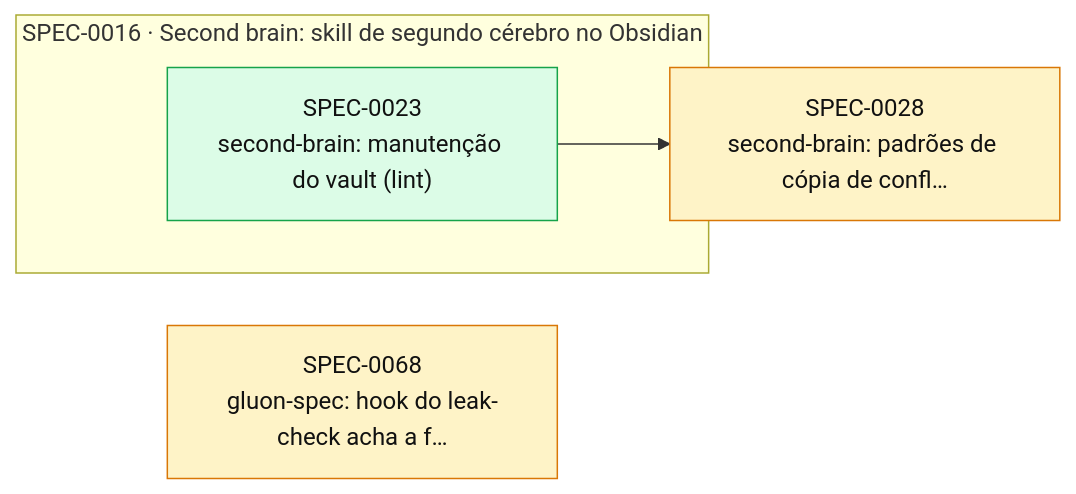
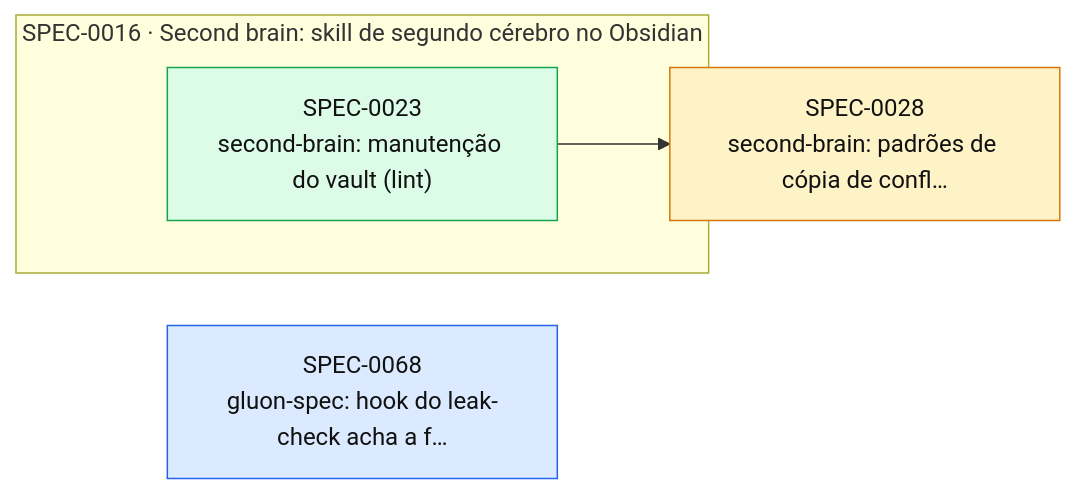
The diagram in docs/specs/INDEX.md (thomasravache/ai-dev-brain), drawn with Mermaid before and after one commit. The commit also changed other lines of this file and 1 other file, not shown here.

First line of the commit message:
docs(specs): H1 da SPEC-0068

````diff
--- a/docs/specs/INDEX.md
+++ b/docs/specs/INDEX.md
@@ -52,14 +52,14 @@
 ```mermaid
 flowchart LR
   S0028["SPEC-0028<br/>second-brain: padrões de cópia de confl…"]:::proposed
-  S0068["SPEC-0068<br/>gluon-spec: hook do leak-check acha a f…"]:::proposed
+  S0068["SPEC-0068<br/>gluon-spec: hook do leak-check acha a f…"]:::approved
   subgraph E0016["SPEC-0016 · Second brain: skill de segundo cérebro no Obsidian"]
     S0023["SPEC-0023<br/>second-brain: manutenção do vault (lint)"]:::implemented
   end
   S0023 --> S0028
   classDef proposed fill:#fef3c7,stroke:#d97706,color:#111
   classDef approved fill:#dbeafe,stroke:#2563eb,color:#111
   classDef inprogress fill:#ede9fe,stroke:#7c3aed,color:#111
   classDef implemented fill:#dcfce7,stroke:#16a34a,color:#111
   classDef deprecated fill:#f3f4f6,stroke:#9ca3af,color:#6b7280
 ```
````
